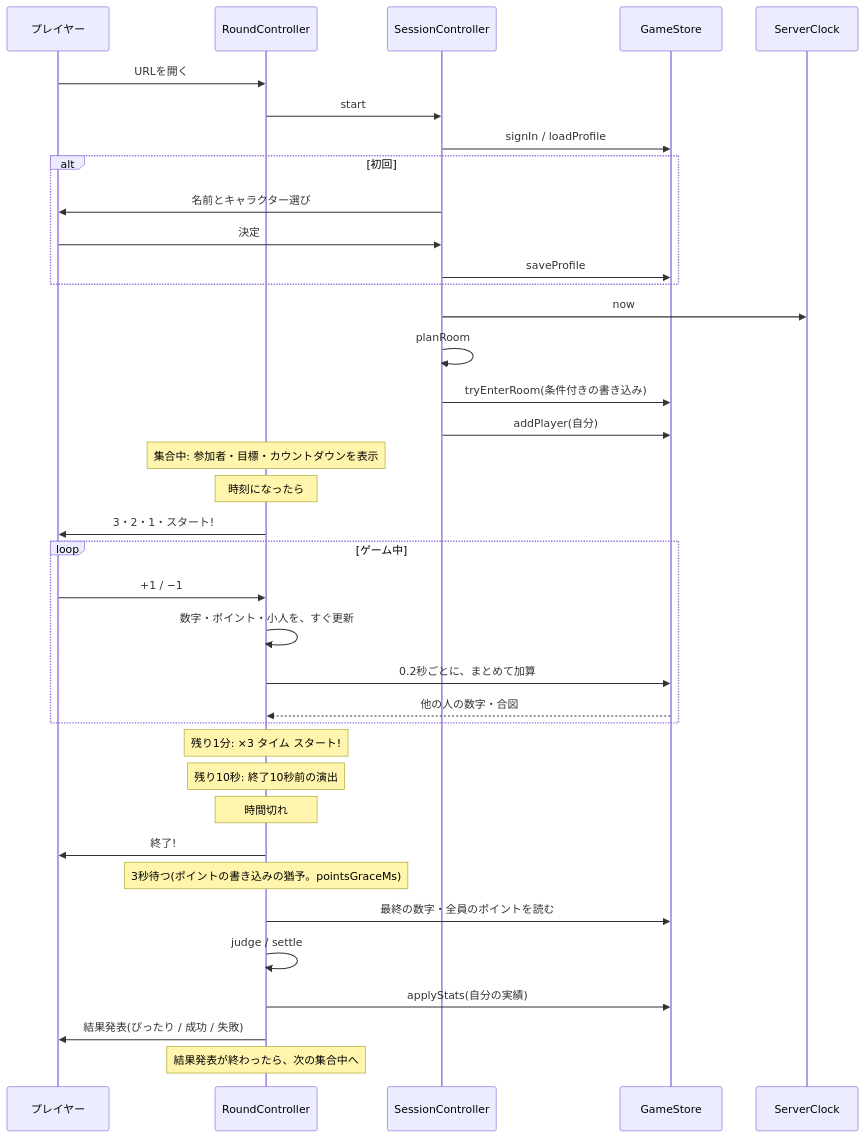
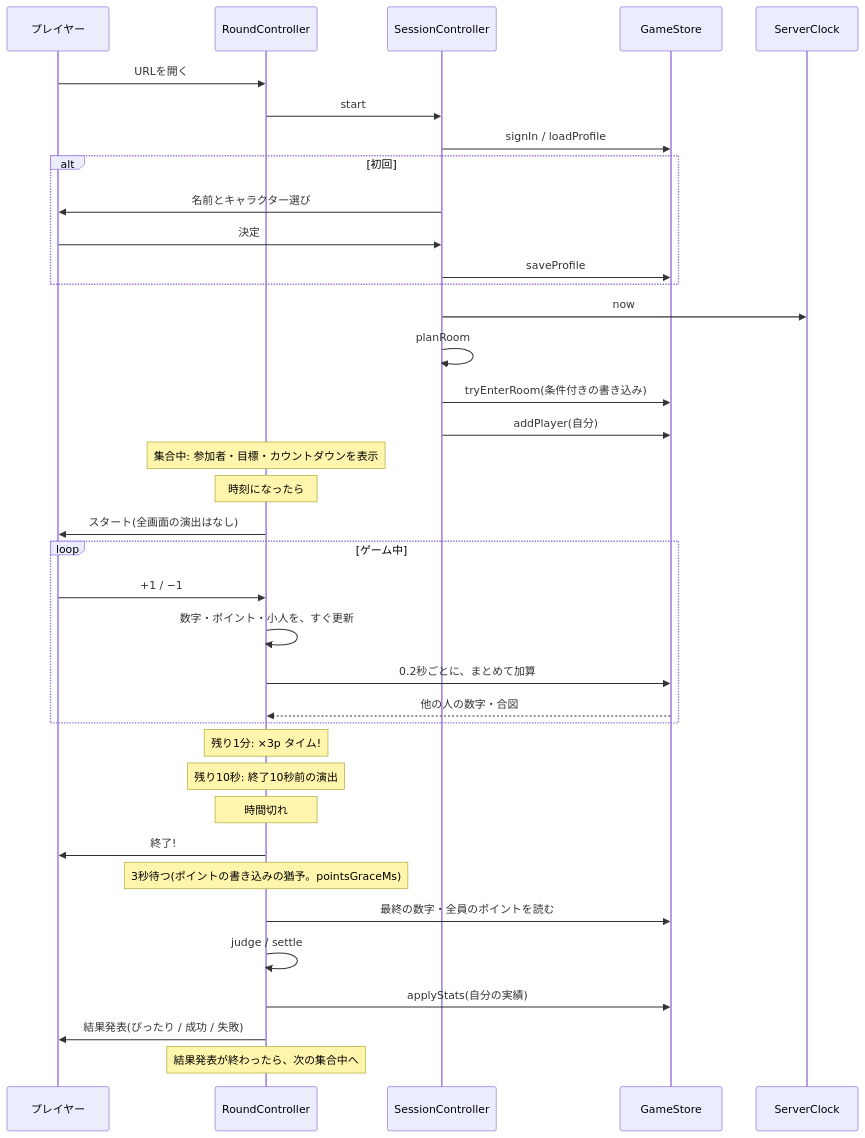
Before and after one commit to nogawa-asase/Number-Together: the third of 6 diagrams in docs/functional-design.md, drawn with Mermaid. The commit also changed other lines of this file and 40 other files, not shown here.

````diff
--- a/docs/functional-design.md
+++ b/docs/functional-design.md
@@ -1035,40 +1044,40 @@
 ```mermaid
 sequenceDiagram
     participant User as プレイヤー
     participant Ctrl as RoundController
     participant Sess as SessionController
     participant Store as GameStore
     participant Clk as ServerClock
 
     User->>Ctrl: URLを開く
     Ctrl->>Sess: start
     Sess->>Store: signIn / loadProfile
     alt 初回
         Sess->>User: 名前とキャラクター選び
         User->>Sess: 決定
         Sess->>Store: saveProfile
     end
     Sess->>Clk: now
     Sess->>Sess: planRoom
     Sess->>Store: tryEnterRoom(条件付きの書き込み)
     Sess->>Store: addPlayer(自分)
     Note over Ctrl: 集合中: 参加者・目標・カウントダウンを表示
     Note over Ctrl: 時刻になったら
-    Ctrl->>User: 3・2・1・スタート!
+    Ctrl->>User: スタート(全画面の演出はなし)
     loop ゲーム中
         User->>Ctrl: +1 / −1
         Ctrl->>Ctrl: 数字・ポイント・小人を、すぐ更新
         Ctrl->>Store: 0.2秒ごとに、まとめて加算
         Store-->>Ctrl: 他の人の数字・合図
     end
-    Note over Ctrl: 残り1分: ×3 タイム スタート!
+    Note over Ctrl: 残り1分: ×3p タイム!
     Note over Ctrl: 残り10秒: 終了10秒前の演出
     Note over Ctrl: 時間切れ
     Ctrl->>User: 終了!
     Note over Ctrl: 3秒待つ(ポイントの書き込みの猶予。pointsGraceMs)
     Ctrl->>Store: 最終の数字・全員のポイントを読む
     Ctrl->>Ctrl: judge / settle
     Ctrl->>Store: applyStats(自分の実績)
     Ctrl->>User: 結果発表(ぴったり / 成功 / 失敗)
     Note over Ctrl: 結果発表が終わったら、次の集合中へ
 ```
````
